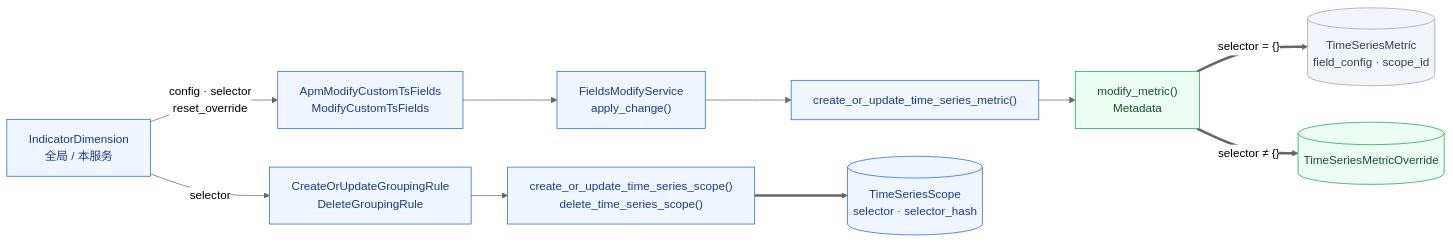
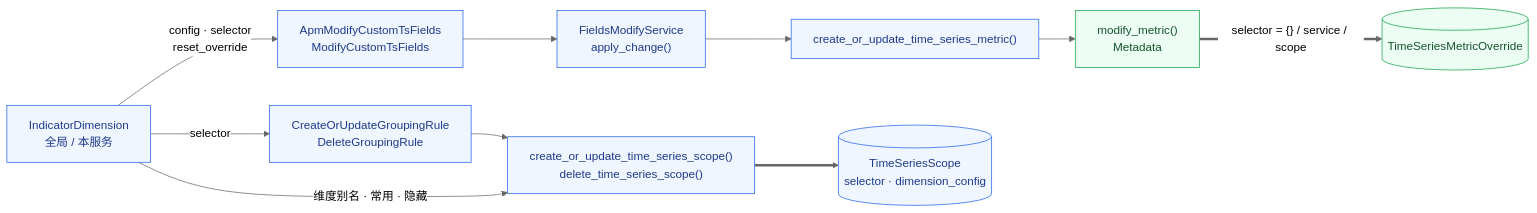
One commit to ZhuoZhuoCrayon/ai-workspace changed diagram 22 of 25 in knowledge/bkmonitor/issues/2026-09-15-custom-metric-metadata/PLAN.md. Above: the diagram before and after it, drawn with Mermaid (neutral theme). The commit also changed other lines of this file, not shown here.

First line of the commit message:
docs(issue): separate custom metric reporting from page edits

````diff
--- a/knowledge/bkmonitor/issues/2026-09-15-custom-metric-metadata/PLAN.md
+++ b/knowledge/bkmonitor/issues/2026-09-15-custom-metric-metadata/PLAN.md
@@ -2448,19 +2227,18 @@
 ```mermaid
 flowchart LR
     Page["IndicatorDimension<br/>全局 / 本服务"] -->|"config · selector<br/>reset_override"| Modify["ApmModifyCustomTsFields<br/>ModifyCustomTsFields"]
     Modify --> Svc["FieldsModifyService<br/>apply_change()"]
     Svc --> CU["create_or_update_time_series_metric()"]
     CU --> Route["modify_metric()<br/>Metadata"]
-    Route ==>|"selector = {}"| TSM[("TimeSeriesMetric<br/>field_config · scope_id")]
-    Route ==>|"selector ≠ {}"| Override[("TimeSeriesMetricOverride")]
+    Route ==>|"selector = {} / service / scope"| Override[("TimeSeriesMetricOverride")]
     Page -->|"selector"| Rule["CreateOrUpdateGroupingRule<br/>DeleteGroupingRule"]
     Rule --> ScopeApi["create_or_update_time_series_scope()<br/>delete_time_series_scope()"]
-    ScopeApi ==> TSS[("TimeSeriesScope<br/>selector · selector_hash")]
+    Page -->|"维度别名 · 常用 · 隐藏"| ScopeApi
+    ScopeApi ==> TSS[("TimeSeriesScope<br/>selector · dimension_config")]
 
     classDef add fill:#ecfdf3,stroke:#16a34a,color:#14532d
     classDef change fill:#eff6ff,stroke:#2563eb,color:#1e3a8a
     classDef old fill:#f1f5f9,stroke:#94a3b8,color:#334155
     class Route,Override add
     class Page,Modify,Svc,CU,Rule,ScopeApi,TSS change
-    class TSM old
 ```
````
